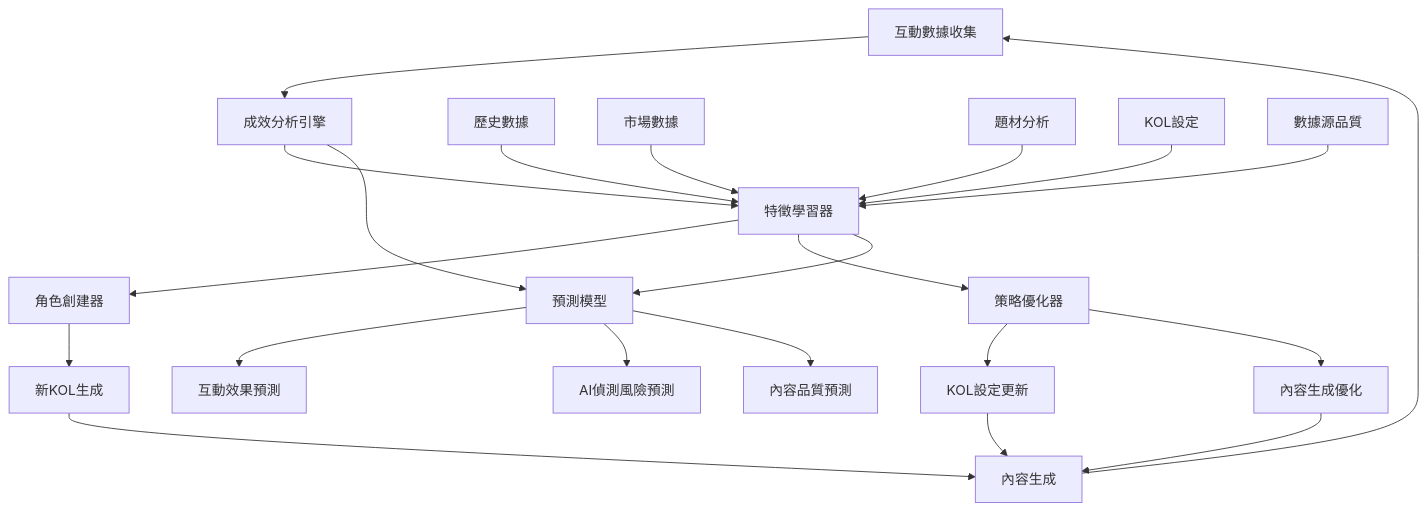
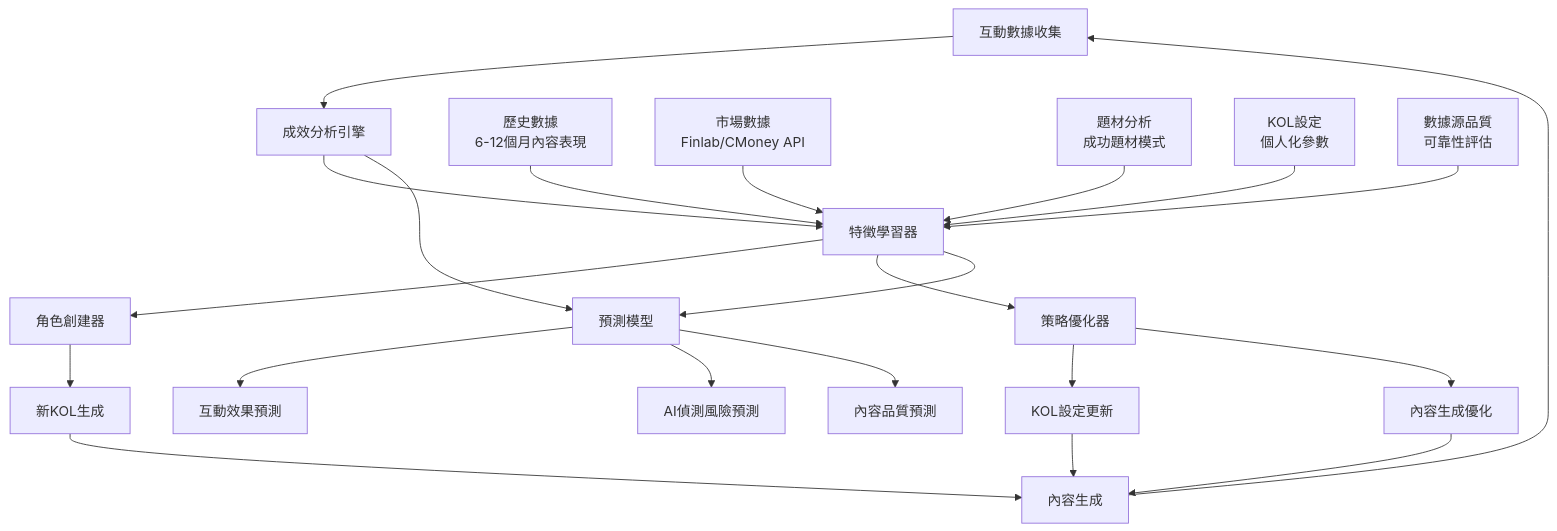
One commit to hihihowru/forum_autoposter changed the diagram in gitbook-docs/4-AI自我學習/4.8-AI自我學習機制完整簡報-wireframe.md. Above: the diagram before and after it, drawn with Mermaid. The commit also changed other lines of this file, not shown here.

Commit message:
詳細說明數據學習方式：歷史數據、市場數據、實時數據、跨平台學習的具體方法

````diff
--- a/gitbook-docs/4-AI自我學習/4.8-AI自我學習機制完整簡報-wireframe.md
+++ b/gitbook-docs/4-AI自我學習/4.8-AI自我學習機制完整簡報-wireframe.md
@@ -15,30 +15,30 @@
 ```mermaid
 graph TD
     A[互動數據收集] --> B[成效分析引擎]
     B --> C[特徵學習器]
     
-    D[歷史數據] --> C
-    E[市場數據] --> C
-    F[題材分析] --> C
-    G[KOL設定] --> C
-    H[數據源品質] --> C
+    D[歷史數據<br/>6-12個月內容表現] --> C
+    E[市場數據<br/>Finlab/CMoney API] --> C
+    F[題材分析<br/>成功題材模式] --> C
+    G[KOL設定<br/>個人化參數] --> C
+    H[數據源品質<br/>可靠性評估] --> C
     
     C --> I[角色創建器]
     C --> J[策略優化器]
     
     I --> K[新KOL生成]
     J --> L[KOL設定更新]
     J --> M[內容生成優化]
     
     K --> N[內容生成]
     L --> N
     M --> N
     N --> A
     
     O[預測模型] --> P[互動效果預測]
     O --> Q[AI偵測風險預測]
     O --> R[內容品質預測]
     
     C --> O
     B --> O
 ```
````
